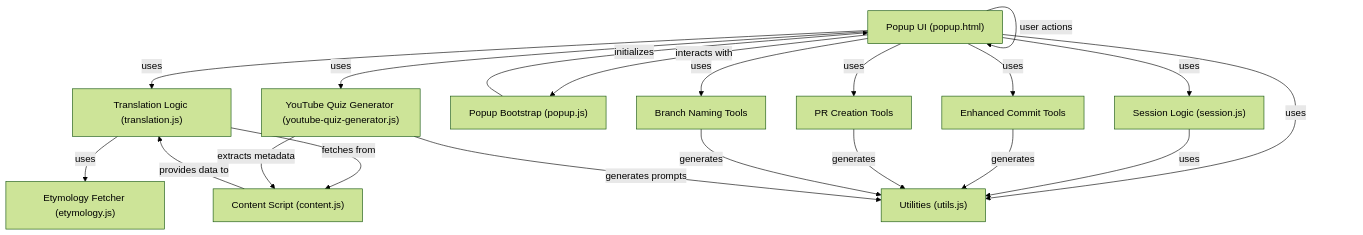
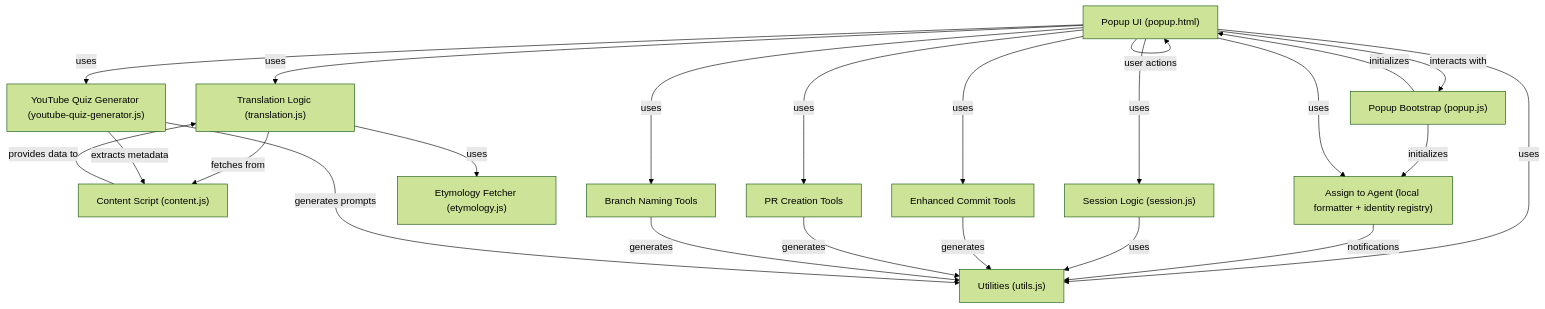
One commit to HsiehShuJeng/scott-edge-extensions changed the first of 5 diagrams in README.md. Above: the diagram before and after it, drawn with Mermaid (forest theme). The commit also changed other lines of this file and 11 other files, not shown here.

````diff
--- a/README.md
+++ b/README.md
@@ -55,34 +56,38 @@
 ```mermaid
 flowchart TD
     UI["Popup UI (popup.html)"]
     ContentScript["Content Script (content.js)"]
     Session["Session Logic (session.js)"]
     Translation["Translation Logic (translation.js)"]
     Etymology["Etymology Fetcher (etymology.js)"]
     Utils["Utilities (utils.js)"]
     PopupJS["Popup Bootstrap (popup.js)"]
     CommitTools["Enhanced Commit Tools"]
     PRTools["PR Creation Tools"]
     BranchTools["Branch Naming Tools"]
+    AssignTools["Assign to Agent (local formatter + identity registry)"]
     YouTubeQuiz["YouTube Quiz Generator (youtube-quiz-generator.js)"]
 
     UI -- interacts with --> PopupJS
     PopupJS -- initializes --> UI
     UI -- uses --> Session
     UI -- uses --> Translation
     UI -- uses --> Utils
     UI -- uses --> CommitTools
     UI -- uses --> PRTools
     UI -- uses --> BranchTools
+    PopupJS -- initializes --> AssignTools
+    UI -- uses --> AssignTools
+    AssignTools -- notifications --> Utils
     UI -- uses --> YouTubeQuiz
     Translation -- uses --> Etymology
     Translation -- fetches from --> ContentScript
     Session -- uses --> Utils
     ContentScript -- provides data to --> Translation
     CommitTools -- generates --> Utils
     PRTools -- generates --> Utils
     BranchTools -- generates --> Utils
     YouTubeQuiz -- extracts metadata --> ContentScript
     YouTubeQuiz -- generates prompts --> Utils
     UI -- user actions --> UI
 ```
````
